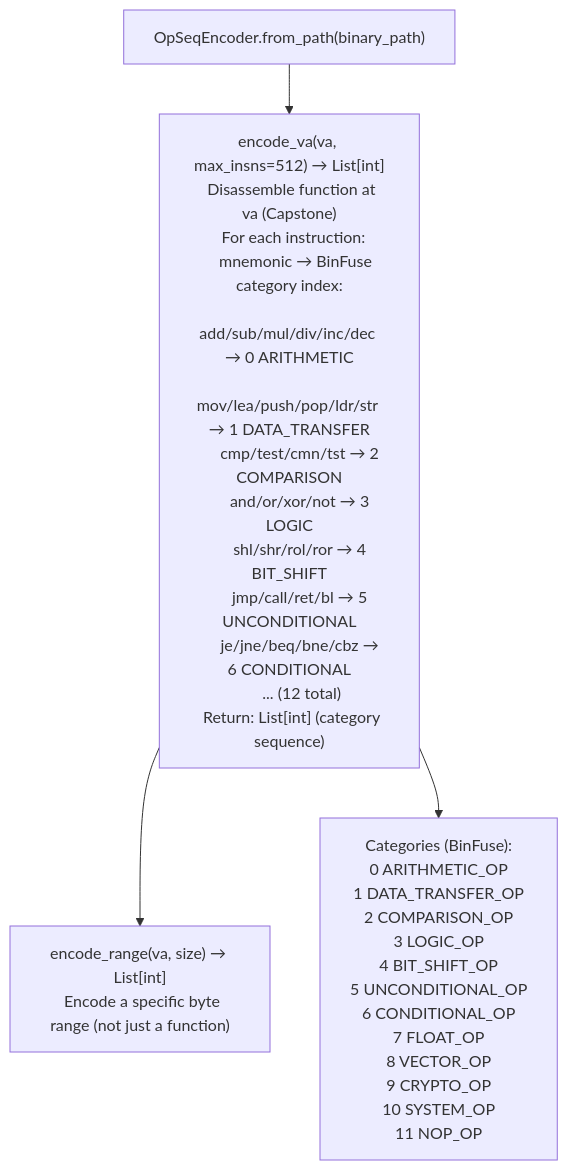
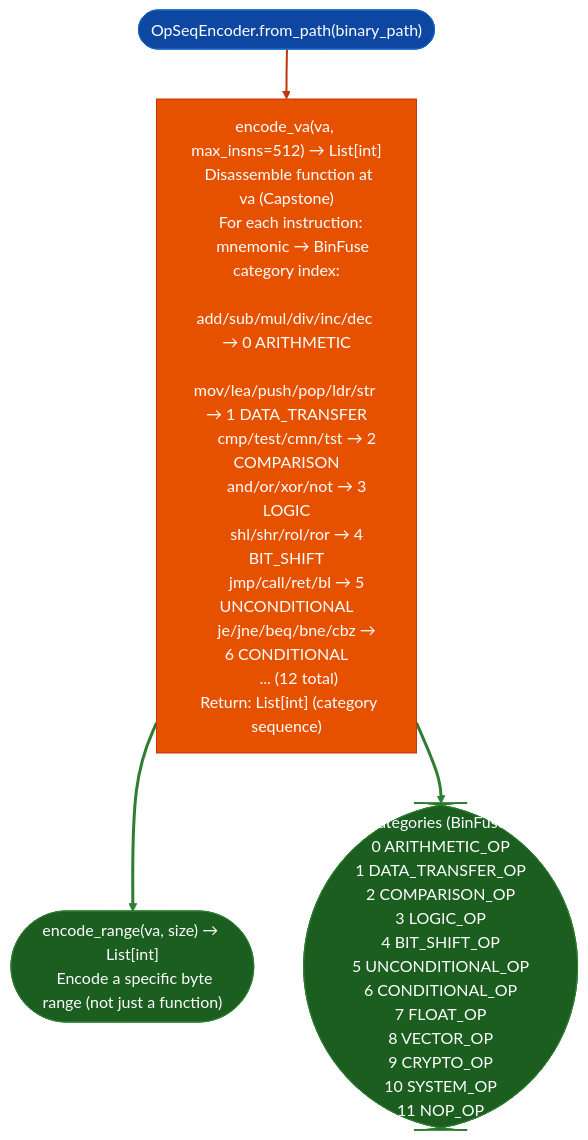
One commit to Ablation-Tool/ablation changed the diagram in docs/reference-modules/malware-behavior-indicators.md. Above: the diagram before and after it, drawn with Mermaid. The commit also changed 320 other files, not shown here.

First line of the commit message:
docs: apply canonical Mermaid template to all 321 diagrams

````diff
--- a/docs/reference-modules/malware-behavior-indicators.md
+++ b/docs/reference-modules/malware-behavior-indicators.md
@@ -19,6 +19,15 @@
 ```mermaid
 flowchart TD
-    A["OpSeqEncoder.from_path(binary_path)"] --> B["encode_va(va, max_insns=512) → List[int]\n  Disassemble function at va (Capstone)\n  For each instruction:\n    mnemonic → BinFuse category index:\n      add/sub/mul/div/inc/dec → 0 ARITHMETIC\n      mov/lea/push/pop/ldr/str → 1 DATA_TRANSFER\n      cmp/test/cmn/tst → 2 COMPARISON\n      and/or/xor/not → 3 LOGIC\n      shl/shr/rol/ror → 4 BIT_SHIFT\n      jmp/call/ret/bl → 5 UNCONDITIONAL\n      je/jne/beq/bne/cbz → 6 CONDITIONAL\n      ... (12 total)\n  Return: List[int] (category sequence)"]
-    B --> C["encode_range(va, size) → List[int]\n  Encode a specific byte range (not just a function)"]
-    B --> D["Categories (BinFuse):\n  0  ARITHMETIC_OP\n  1  DATA_TRANSFER_OP\n  2  COMPARISON_OP\n  3  LOGIC_OP\n  4  BIT_SHIFT_OP\n  5  UNCONDITIONAL_OP\n  6  CONDITIONAL_OP\n  7  FLOAT_OP\n  8  VECTOR_OP\n  9  CRYPTO_OP\n  10 SYSTEM_OP\n  11 NOP_OP"]
+    A(["OpSeqEncoder.from_path(binary_path)"]):::input --> B["encode_va(va, max_insns=512) → List[int]\n  Disassemble function at va (Capstone)\n  For each instruction:\n    mnemonic → BinFuse category index:\n      add/sub/mul/div/inc/dec → 0 ARITHMETIC\n      mov/lea/push/pop/ldr/str → 1 DATA_TRANSFER\n      cmp/test/cmn/tst → 2 COMPARISON\n      and/or/xor/not → 3 LOGIC\n      shl/shr/rol/ror → 4 BIT_SHIFT\n      jmp/call/ret/bl → 5 UNCONDITIONAL\n      je/jne/beq/bne/cbz → 6 CONDITIONAL\n      ... (12 total)\n  Return: List[int] (category sequence)"]:::primary
+    B:::primary --> C(["encode_range(va, size) → List[int]\n  Encode a specific byte range (not just a function)"]):::output
+    B:::primary --> D(["Categories (BinFuse):\n  0  ARITHMETIC_OP\n  1  DATA_TRANSFER_OP\n  2  COMPARISON_OP\n  3  LOGIC_OP\n  4  BIT_SHIFT_OP\n  5  UNCONDITIONAL_OP\n  6  CONDITIONAL_OP\n  7  FLOAT_OP\n  8  VECTOR_OP\n  9  CRYPTO_OP\n  10 SYSTEM_OP\n  11 NOP_OP"]):::output
+    classDef input     fill:#0d47a1,stroke:#1565c0,color:#fff
+    classDef primary   fill:#e65100,stroke:#bf360c,color:#fff
+    classDef secondary fill:#004d40,stroke:#00695c,color:#fff
+    classDef tertiary  fill:#4a148c,stroke:#6a1b9a,color:#fff
+    classDef neutral   fill:#37474f,stroke:#546e7a,color:#fff
+    classDef output    fill:#1b5e20,stroke:#2e7d32,color:#fff
+    linkStyle 0 stroke:#bf360c,stroke-width:2px
+    linkStyle 1 stroke:#2e7d32,stroke-width:3px
+    linkStyle 2 stroke:#2e7d32,stroke-width:3px
 ```
````
